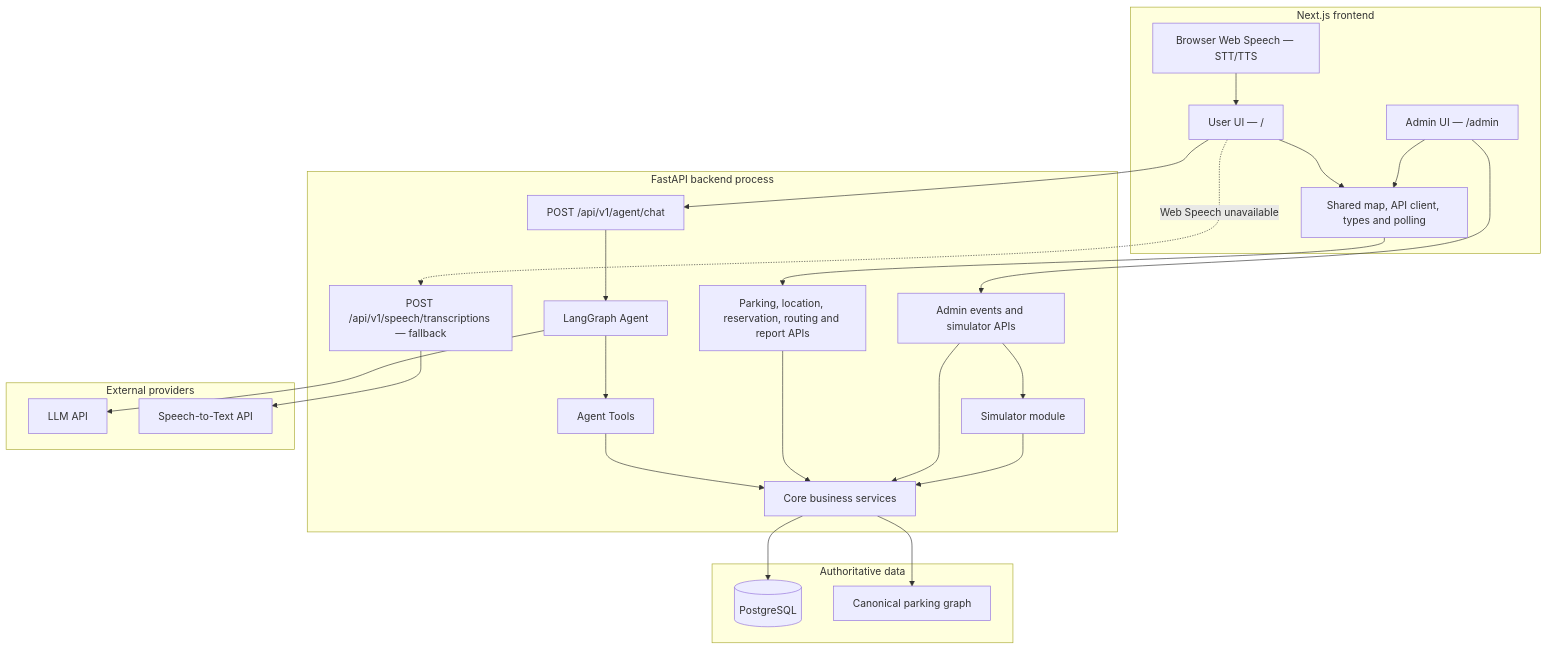
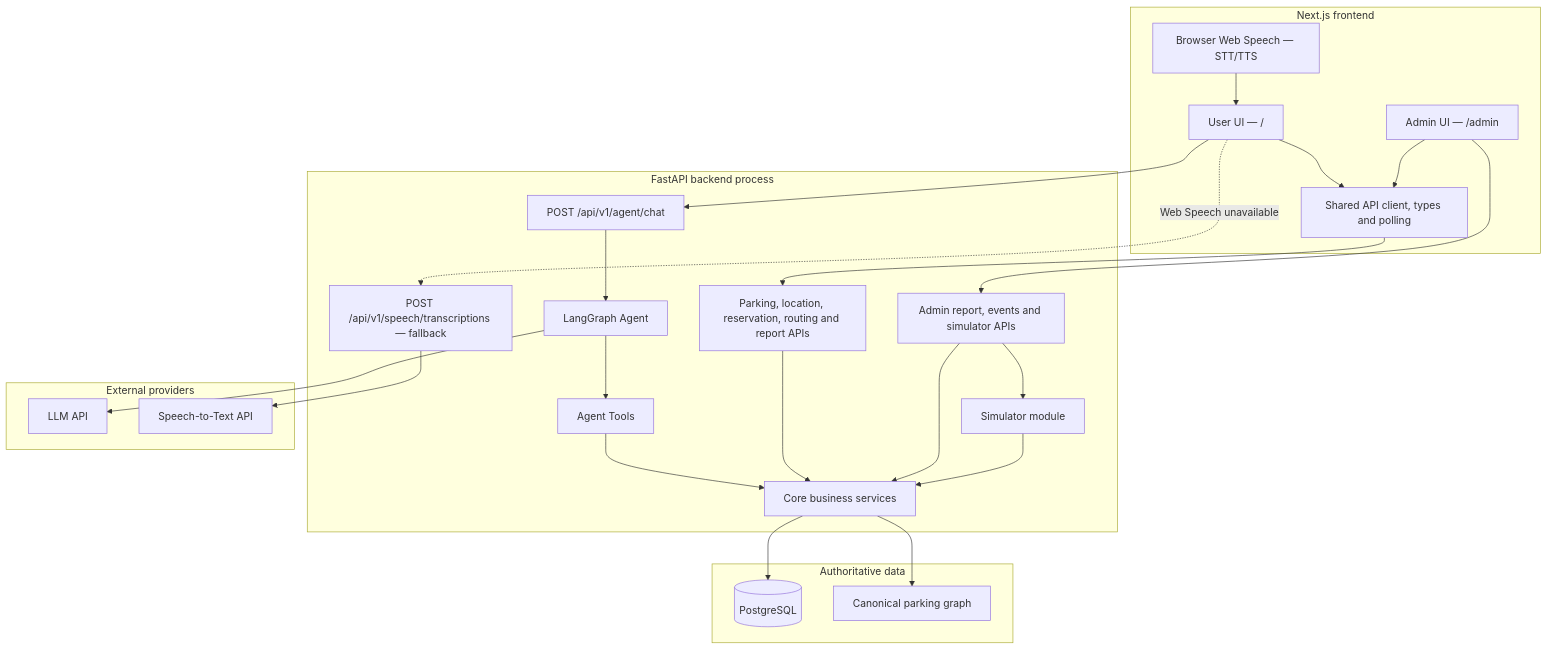
The first of 7 diagrams in docs/architecture.md (Ngducanh05/T-152), drawn with Mermaid before and after one commit. The commit also changed other lines of this file and 59 other files, not shown here.

````diff
--- a/docs/architecture.md
+++ b/docs/architecture.md
@@ -24,51 +24,51 @@
 ```mermaid
 flowchart TB
     subgraph Browser["Next.js frontend"]
         UserUI["User UI — /"]
         AdminUI["Admin UI — /admin"]
-        Shared["Shared map, API client, types and polling"]
+        Shared["Shared API client, types and polling"]
         WebSpeech["Browser Web Speech — STT/TTS"]
     end
 
     subgraph Backend["FastAPI backend process"]
         PublicAPI["Parking, location, reservation, routing and report APIs"]
         AgentAPI["POST /api/v1/agent/chat"]
         SpeechAPI["POST /api/v1/speech/transcriptions — fallback"]
-        AdminAPI["Admin events and simulator APIs"]
+        AdminAPI["Admin report, events and simulator APIs"]
         Agent["LangGraph Agent"]
         Tools["Agent Tools"]
         Core["Core business services"]
         Simulator["Simulator module"]
     end
 
     subgraph Data["Authoritative data"]
         DB[("PostgreSQL")]
         Map["Canonical parking graph"]
     end
 
     subgraph External["External providers"]
         LLM["LLM API"]
         STT["Speech-to-Text API"]
     end
 
     UserUI --> Shared
     AdminUI --> Shared
     WebSpeech --> UserUI
     Shared --> PublicAPI
     UserUI --> AgentAPI
     AdminUI --> AdminAPI
     UserUI -. "Web Speech unavailable" .-> SpeechAPI
 
     AgentAPI --> Agent
     Agent --> LLM
     Agent --> Tools
     Tools --> Core
     PublicAPI --> Core
     AdminAPI --> Core
     AdminAPI --> Simulator
     Simulator --> Core
     SpeechAPI --> STT
 
     Core --> DB
     Core --> Map
 ```
````
